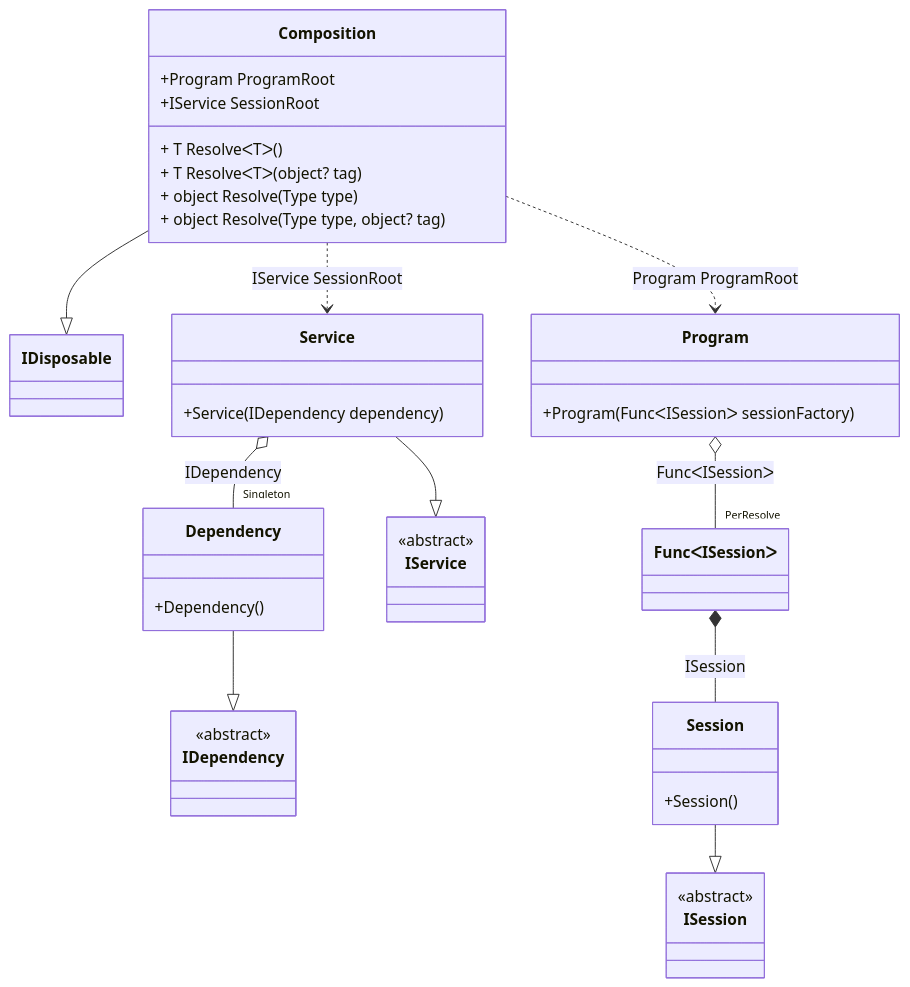
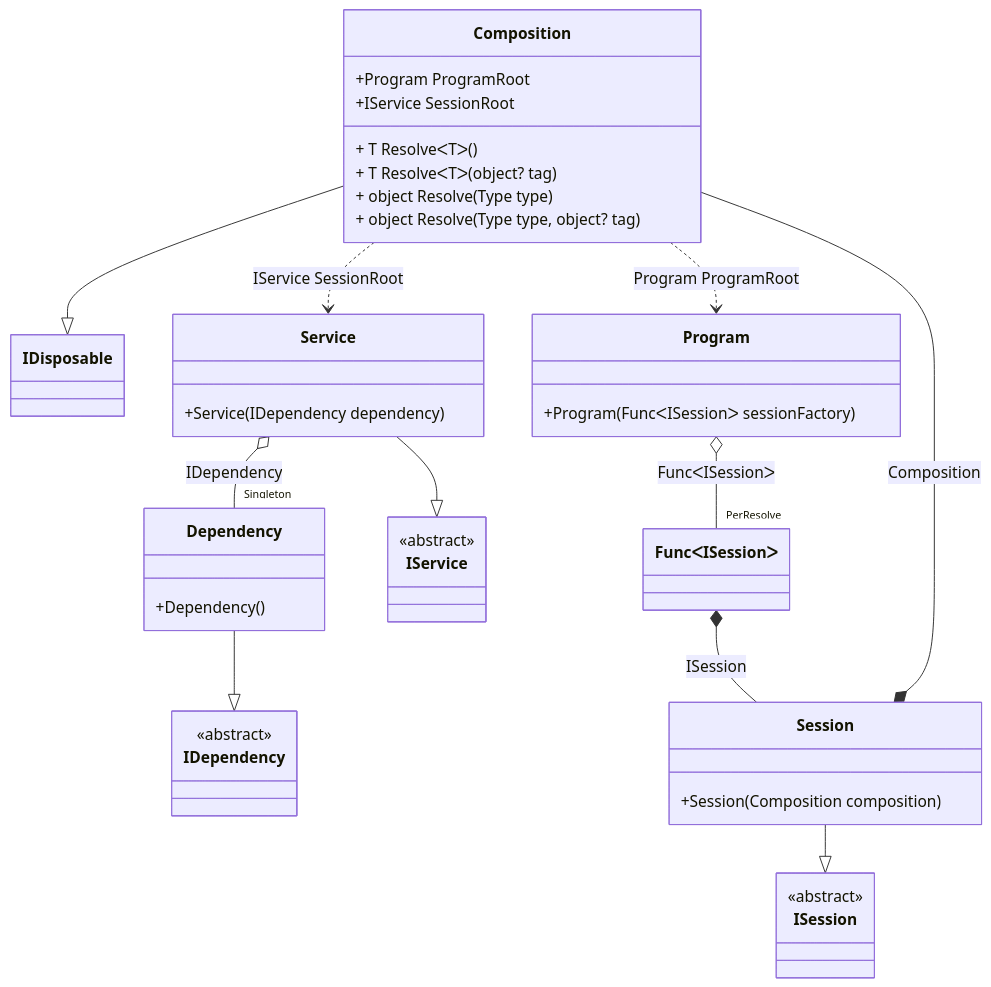
The diagram in readme/scope.md (DevTeam/Pure.DI), drawn with Mermaid before and after one commit. The commit also changed other lines of this file and 65 other files, not shown here.

````diff
--- a/readme/scope.md
+++ b/readme/scope.md
@@ -83,42 +86,44 @@
 ```mermaid
 classDiagram
   class Composition {
     +Program ProgramRoot
     +IService SessionRoot
     + T ResolveᐸTᐳ()
     + T ResolveᐸTᐳ(object? tag)
     + object Resolve(Type type)
     + object Resolve(Type type, object? tag)
   }
   Composition --|> IDisposable
   class Program {
     +Program(FuncᐸISessionᐳ sessionFactory)
   }
+  class Composition
   Dependency --|> IDependency : 
   class Dependency {
     +Dependency()
   }
   Service --|> IService : 
   class Service {
     +Service(IDependency dependency)
   }
   Session --|> ISession : 
   class Session {
-    +Session()
+    +Session(Composition composition)
   }
   class FuncᐸISessionᐳ
   class IDependency {
     <<abstract>>
   }
   class IService {
     <<abstract>>
   }
   class ISession {
     <<abstract>>
   }
   Program o--  "PerResolve" FuncᐸISessionᐳ : FuncᐸISessionᐳ
   Service o--  "Singleton" Dependency : IDependency
+  Session *--  Composition : Composition
   Composition ..> Service : IService SessionRoot
   Composition ..> Program : Program ProgramRoot
   FuncᐸISessionᐳ *--  Session : ISession
 ```
````
